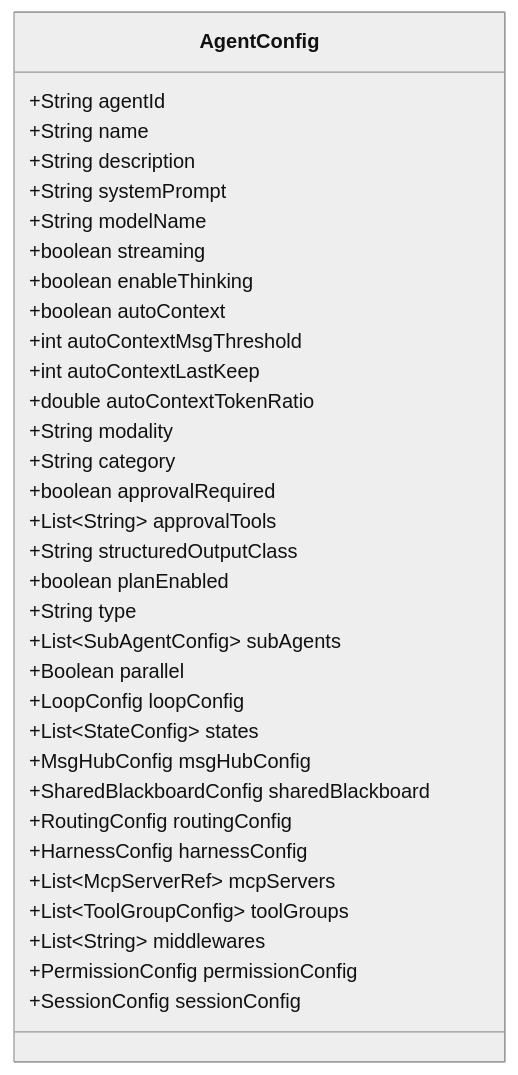
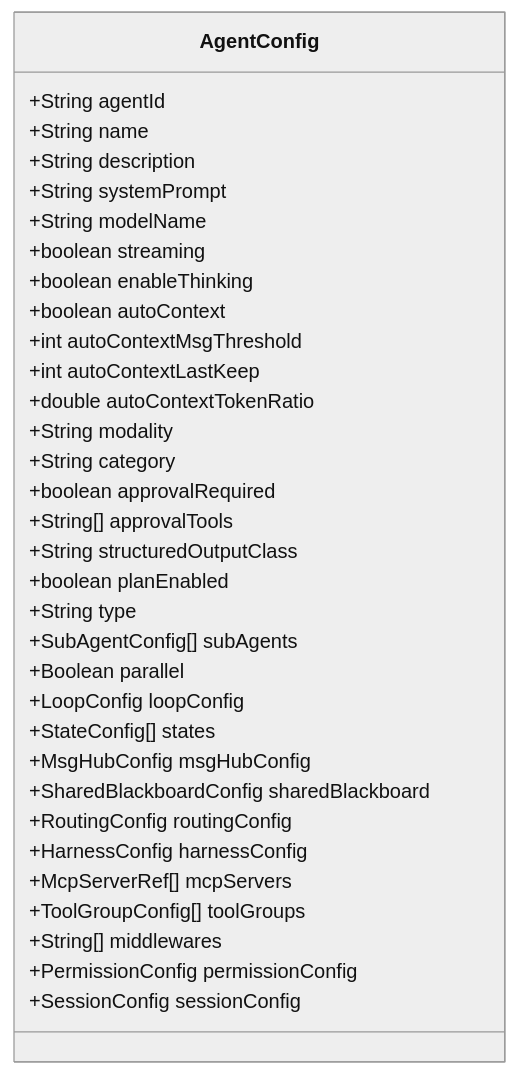
Before and after one commit to tinyhu/agentscope-demo: the fourth of 4 diagrams in .qoder/repowiki/zh/content/核心架构/Agent 配置系统/基础配置.md, drawn with Mermaid (neutral theme). The commit also changed other lines of this file and 111 other files, not shown here.

````diff
--- a/.qoder/repowiki/zh/content/核心架构/Agent 配置系统/基础配置.md
+++ b/.qoder/repowiki/zh/content/核心架构/Agent 配置系统/基础配置.md
@@ -187,36 +193,36 @@
 ```mermaid
 classDiagram
-    class AgentConfig {
-        +String agentId
-        +String name
-        +String description
-        +String systemPrompt
-        +String modelName
-        +boolean streaming
-        +boolean enableThinking
-        +boolean autoContext
-        +int autoContextMsgThreshold
-        +int autoContextLastKeep
-        +double autoContextTokenRatio
-        +String modality
-        +String category
-        +boolean approvalRequired
-        +List~String~ approvalTools
-        +String structuredOutputClass
-        +boolean planEnabled
-        +String type
-        +List~SubAgentConfig~ subAgents
-        +Boolean parallel
-        +LoopConfig loopConfig
-        +List~StateConfig~ states
-        +MsgHubConfig msgHubConfig
-        +SharedBlackboardConfig sharedBlackboard
-        +RoutingConfig routingConfig
-        +HarnessConfig harnessConfig
-        +List~McpServerRef~ mcpServers
-        +List~ToolGroupConfig~ toolGroups
-        +List~String~ middlewares
-        +PermissionConfig permissionConfig
-        +SessionConfig sessionConfig
-    }
+class AgentConfig {
++String agentId
++String name
++String description
++String systemPrompt
++String modelName
++boolean streaming
++boolean enableThinking
++boolean autoContext
++int autoContextMsgThreshold
++int autoContextLastKeep
++double autoContextTokenRatio
++String modality
++String category
++boolean approvalRequired
++String[] approvalTools
++String structuredOutputClass
++boolean planEnabled
++String type
++SubAgentConfig[] subAgents
++Boolean parallel
++LoopConfig loopConfig
++StateConfig[] states
++MsgHubConfig msgHubConfig
++SharedBlackboardConfig sharedBlackboard
++RoutingConfig routingConfig
++HarnessConfig harnessConfig
++McpServerRef[] mcpServers
++ToolGroupConfig[] toolGroups
++String[] middlewares
++PermissionConfig permissionConfig
++SessionConfig sessionConfig
+}
 ```
````
